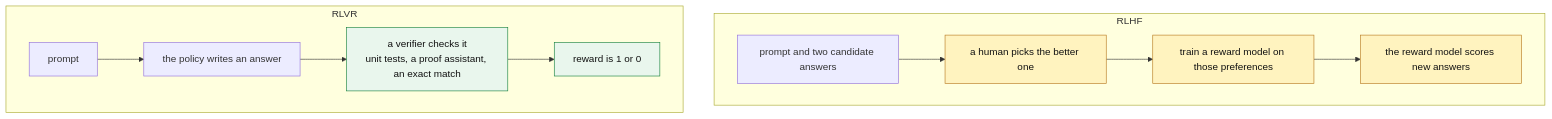
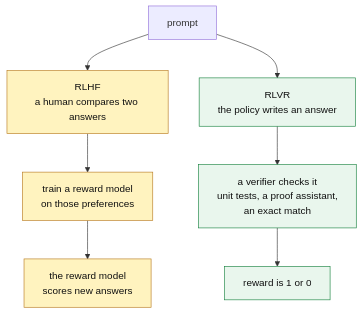
One commit to ashimsharma10/ashimsharma10.github.io changed the first of 4 diagrams in data/blog/rlvr-continual-learning-and-long-horizon-reasoning.mdx. Above: the diagram before and after it, drawn with Mermaid. The commit also changed 1 other file, not shown here.

Commit message:
Lay out the RLHF versus RLVR diagram in two columns

````diff
--- a/data/blog/rlvr-continual-learning-and-long-horizon-reasoning.mdx
+++ b/data/blog/rlvr-continual-learning-and-long-horizon-reasoning.mdx
@@ -17,17 +17,13 @@
 ```mermaid
 flowchart TD
-    subgraph RLHF
-        H1[prompt and two candidate answers] --> H2[a human picks the better one]
-        H2 --> H3[train a reward model on those preferences]
-        H3 --> H4[the reward model scores new answers]
-    end
-    subgraph RLVR
-        V1[prompt] --> V2[the policy writes an answer]
-        V2 --> V3["a verifier checks it<br/>unit tests, a proof assistant, an exact match"]
-        V3 --> V4[reward is 1 or 0]
-    end
+    P[prompt] --> H1["RLHF<br/>a human compares two answers"]
+    H1 --> H2["train a reward model<br/>on those preferences"]
+    H2 --> H3["the reward model<br/>scores new answers"]
+    P --> V1["RLVR<br/>the policy writes an answer"]
+    V1 --> V2["a verifier checks it<br/>unit tests, a proof assistant,<br/>an exact match"]
+    V2 --> V3[reward is 1 or 0]
     classDef human fill:#FFF3BF,stroke:#B7791F,color:#111
     classDef check fill:#E9F6ED,stroke:#15803D,color:#111
-    class H2,H3,H4 human
-    class V3,V4 check
+    class H1,H2,H3 human
+    class V1,V2,V3 check
 ```
````
